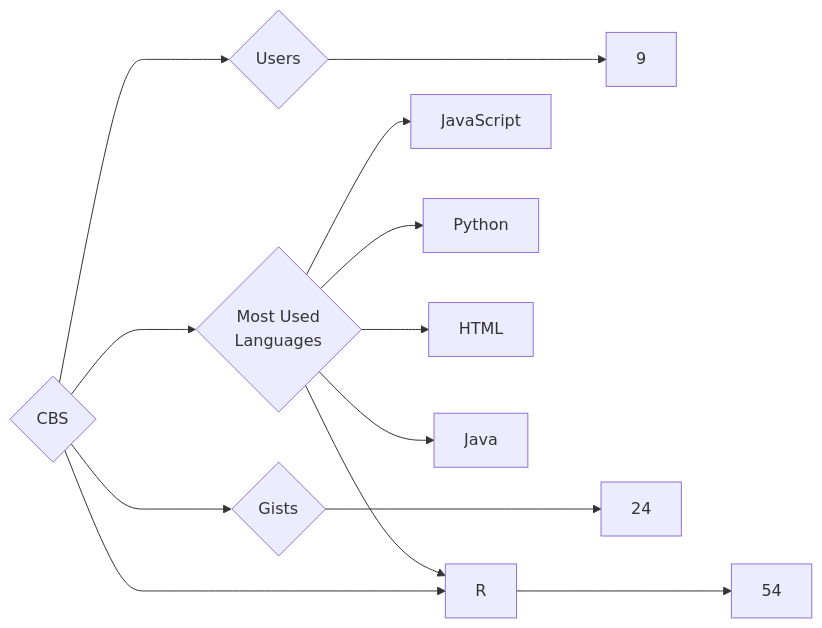
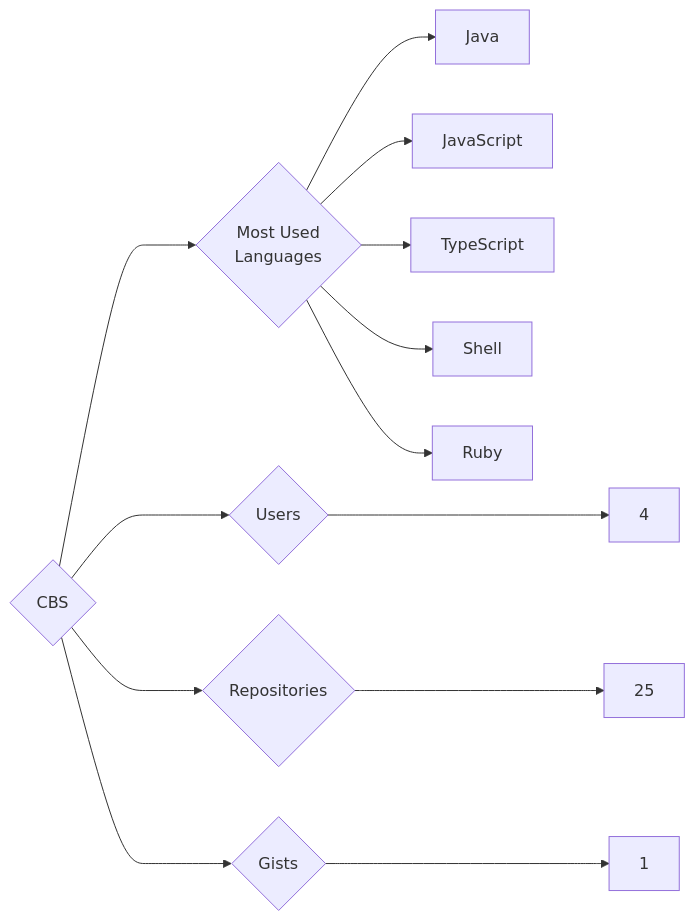
The diagram in targets/CBS/README.md (trickest/insiders), drawn with Mermaid before and after one commit. The commit also changed 1036 other files, not shown here.

````diff
--- a/targets/CBS/README.md
+++ b/targets/CBS/README.md
@@ -3,13 +3,13 @@
 ```mermaid
 graph LR
 COMPANY_NAME{CBS}
-COMPANY_NAME ---> U{Users} ---> UN[9]
-COMPANY_NAME ---> R{Repositories} ---> RN[54]
-COMPANY_NAME ---> G{Gists} ---> GN[24]
+COMPANY_NAME ---> U{Users} ---> UN[4]
+COMPANY_NAME ---> R{Repositories} ---> RN[25]
+COMPANY_NAME ---> G{Gists} ---> GN[1]
 COMPANY_NAME ---> ML{Most Used<br>Languages}
+ML --> Java[Java]
 ML --> JavaScript[JavaScript]
-ML --> Python[Python]
-ML --> HTML[HTML]
-ML --> R[R]
-ML --> Java[Java]
+ML --> TypeScript[TypeScript]
+ML --> Shell[Shell]
+ML --> Ruby[Ruby]
 ```
````
